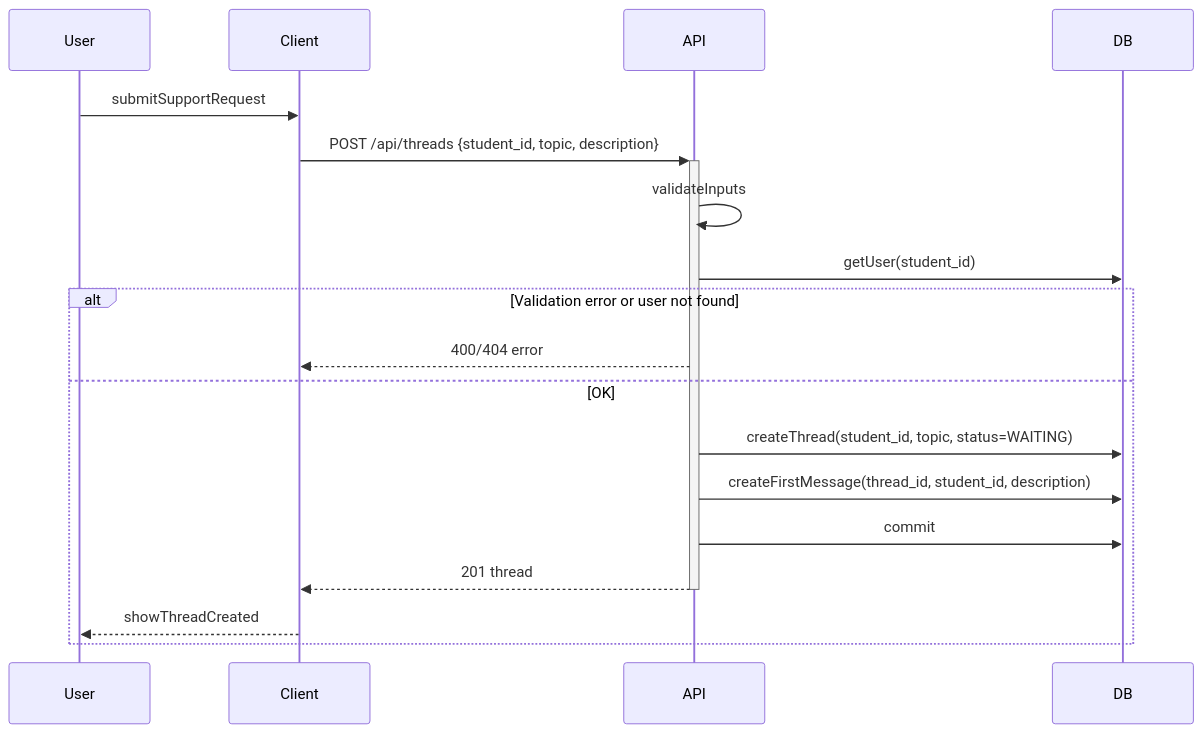
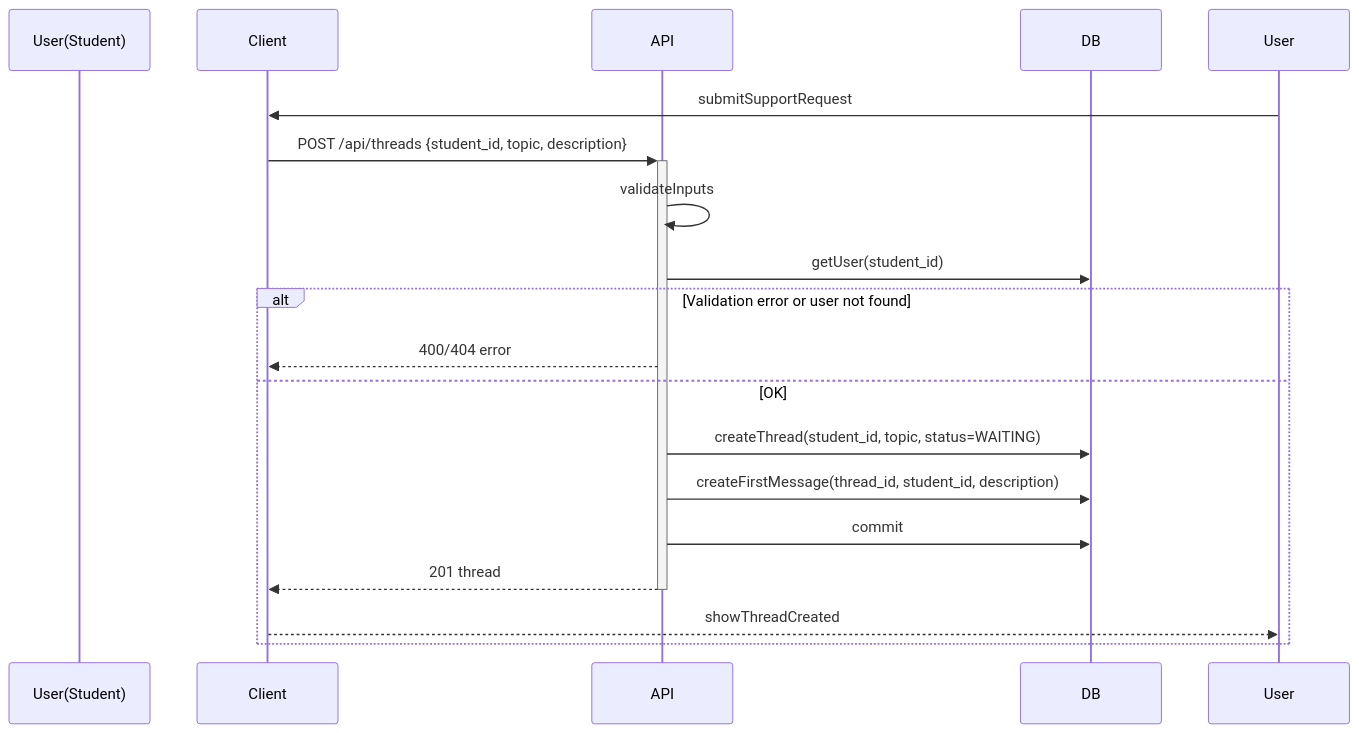
The diagram in docs/sequence-create-thread.md (sandyleedev/student-mental-support-app), drawn with Mermaid before and after one commit.

Commit message:
[BUS-31] docs: update create thread sequence diagram

````diff
--- a/docs/sequence-create-thread.md
+++ b/docs/sequence-create-thread.md
@@ -5,23 +5,23 @@
 ```mermaid
 sequenceDiagram
-    participant User
+    participant User(Student)
     participant Client
     participant API
     participant DB
 
     User->>Client: submitSupportRequest
     Client->>+API: POST /api/threads {student_id, topic, description}
 
     API->>API: validateInputs
     API->>DB: getUser(student_id)
 
     alt Validation error or user not found
         API-->>Client: 400/404 error
     else OK
         API->>DB: createThread(student_id, topic, status=WAITING)
         API->>DB: createFirstMessage(thread_id, student_id, description)
         API->>DB: commit
         API-->>-Client: 201 thread
         Client-->>User: showThreadCreated
     end
 ```
````
